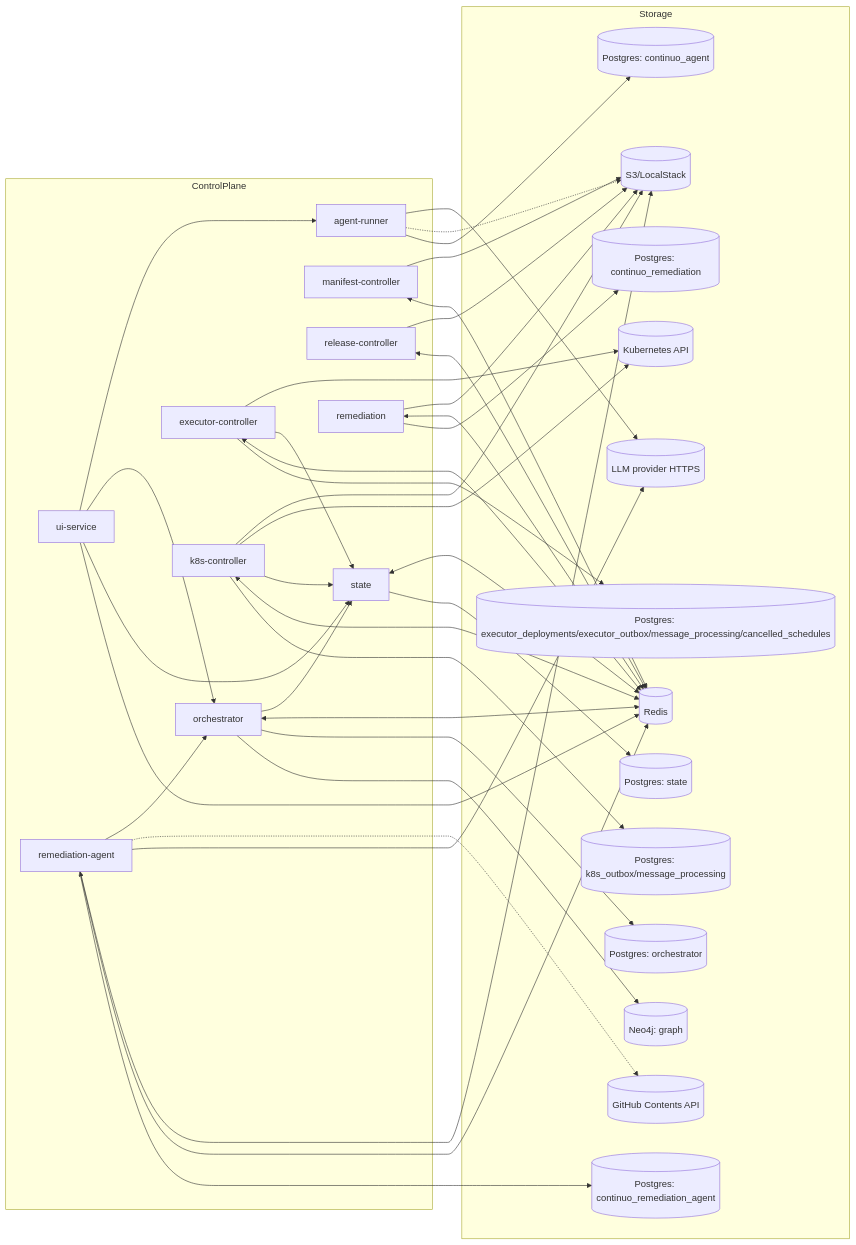
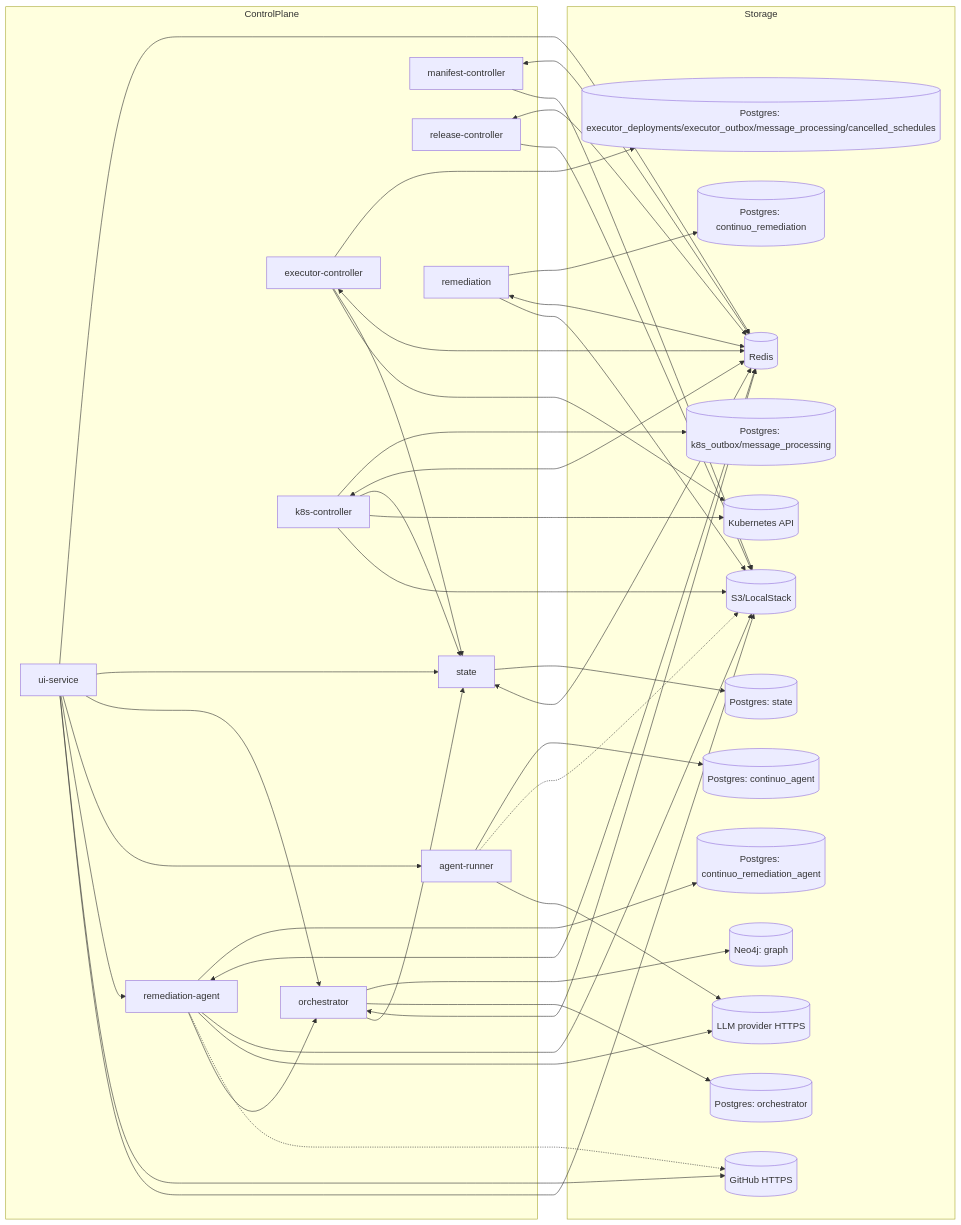
One commit to carolsimone/continuo changed the first of 2 diagrams in docs/arch/01-topology.md. Above: the diagram before and after it, drawn with Mermaid. The commit also changed 58 other files, not shown here.

````diff
--- a/docs/arch/01-topology.md
+++ b/docs/arch/01-topology.md
@@ -5,70 +5,73 @@
 ```mermaid
 flowchart LR
   subgraph ControlPlane
     ST[state]
     OR[orchestrator]
     EC[executor-controller]
     KC[k8s-controller]
     MC[manifest-controller]
     RC[release-controller]
     UI[ui-service]
     AR[agent-runner]
     REM[remediation]
     REMA[remediation-agent]
   end
 
   subgraph Storage
     STDB[(Postgres: state)]
     ORPG[(Postgres: orchestrator)]
     GRDB[(Neo4j: graph)]
     ECPG[(Postgres: executor_deployments/executor_outbox/message_processing/cancelled_schedules)]
     KCPG[(Postgres: k8s_outbox/message_processing)]
     AGPG[(Postgres: continuo_agent)]
     REMPG[(Postgres: continuo_remediation)]
     REMAGPG[(Postgres: continuo_remediation_agent)]
     S3[(S3/LocalStack)]
     K8S[(Kubernetes API)]
     R[(Redis)]
     LLM[(LLM provider HTTPS)]
-    GH[(GitHub Contents API)]
+    GH[(GitHub HTTPS)]
   end
 
   ST --> STDB
   OR --> GRDB
   OR --> ORPG
   EC --> ECPG
   KC --> KCPG
   AR --> AGPG
   REM --> REMPG
   REMA --> REMAGPG
 
   ST <--> R
   OR <--> R
   EC <--> R
   KC <--> R
   MC <--> R
   RC <--> R
   UI --> R
   REM <--> R
   REMA <--> R
 
   OR --> ST
   EC --> ST
   KC --> ST
   UI --> ST
   UI --> OR
   UI --> AR
+  UI --> REMA
+  UI --> GH
 
   EC --> K8S
   KC --> K8S
   KC --> S3
   MC --> S3
   RC --> S3
   AR -.-> S3
   AR --> LLM
   REM --> S3
   REMA --> S3
   REMA --> LLM
   REMA -.-> GH
   REMA --> OR
+  UI --> S3
 ```
````
